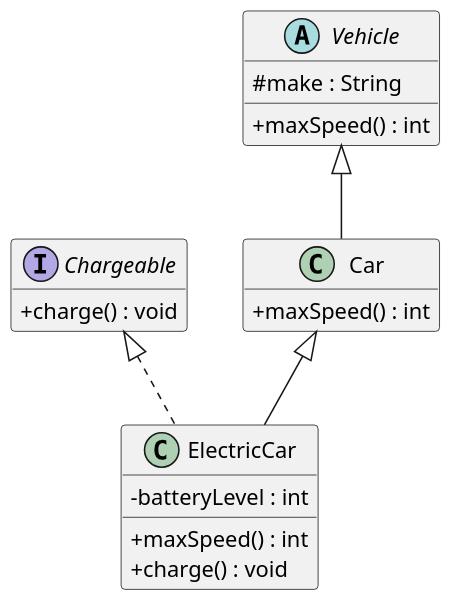
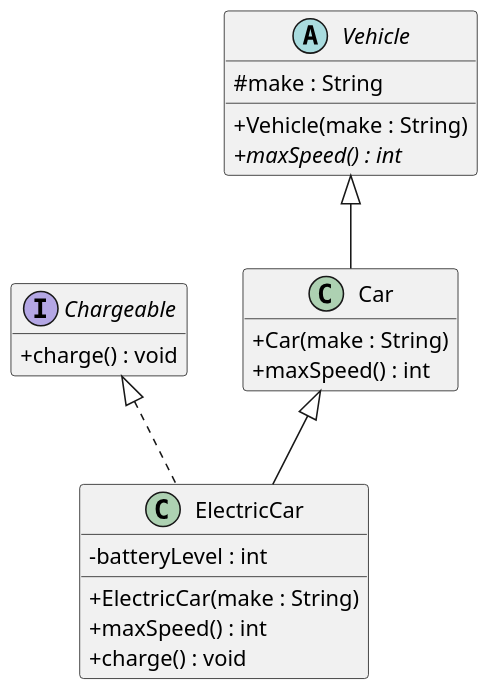
One commit to yuntian-ma/207-course-notes changed the diagram in plantuml/exercises/vehicles-uml-starter.puml. Above: the diagram before and after it, drawn with PlantUML.

Commit message:
Fix Chapter 3 Vehicles UML to match reference

```diff
--- a/plantuml/exercises/vehicles-uml-starter.puml
+++ b/plantuml/exercises/vehicles-uml-starter.puml
@@ -1,45 +1,49 @@
 @startuml
 skinparam dpi 150
 skinparam classAttributeIconSize 0
 hide empty members
 
 ' Your task (Chapter 3, Question 2): draw the UML class diagram for the
 ' Vehicle / Car / ElectricCar / Chargeable code.
 '
 ' Define each type as a box, then connect them with the right arrows. One box
 ' (Chargeable) is filled in as an example — complete the other three and add the
 ' relationships.
 '
 ' PlantUML cheat-sheet:
 '   interface Name { + method() : Type }
 '   abstract class Name { # field : Type }
 '   class Name { - field : Type }
 '   Parent    <|-- Child    ' generalization: Child extends Parent
 '   Interface <|.. Class    ' realization:    Class implements Interface
 ' (Putting the parent/interface on the LEFT of the arrow keeps it on top.)
 
+
 interface Chargeable {
   + charge() : void
 }
 
-
 abstract class Vehicle {
   # make : String
-  + maxSpeed() : int
+  + Vehicle(make : String)
+  + {abstract} maxSpeed() : int
 }
 
 class Car {
+  + Car(make : String)
   + maxSpeed() : int
 }
 
 class ElectricCar {
   - batteryLevel : int
+  + ElectricCar(make : String)
   + maxSpeed() : int
   + charge() : void
 }
 
 Vehicle <|-- Car
 Car <|-- ElectricCar
 Chargeable <|.. ElectricCar
 
+
 @enduml
```
